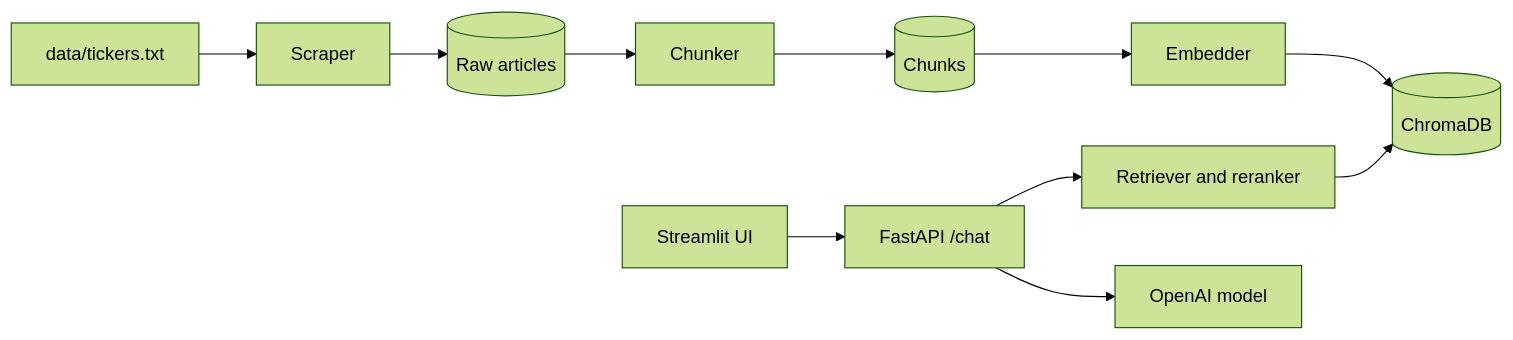
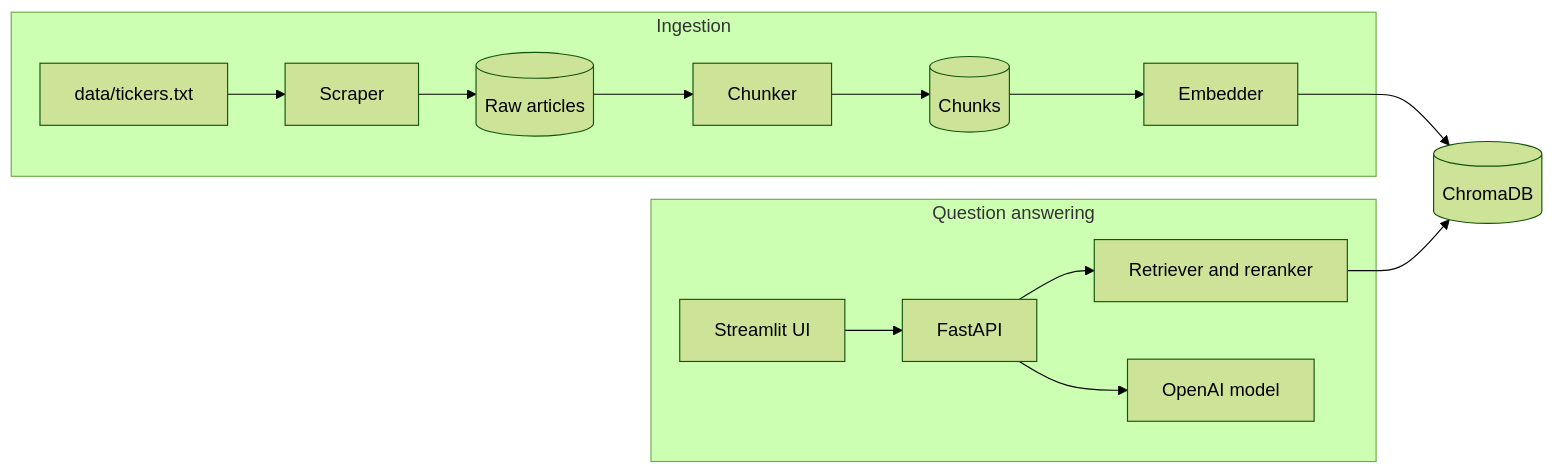
The diagram in README.md (Yahlawat/RAG-Financial-News-Agent), drawn with Mermaid (forest theme) before and after one commit. The commit also changed other lines of this file, not shown here.

````diff
--- a/README.md
+++ b/README.md
@@ -23,13 +62,17 @@
 ```mermaid
 flowchart LR
-    T[data/tickers.txt] --> S[Scraper]
-    S --> R[(Raw articles)]
-    R --> C[Chunker]
-    C --> K[(Chunks)]
-    K --> E[Embedder]
+    subgraph Ingestion
+        T[data/tickers.txt] --> S[Scraper]
+        S --> R[(Raw articles)]
+        R --> C[Chunker]
+        C --> K[(Chunks)]
+        K --> E[Embedder]
+    end
     E --> V[(ChromaDB)]
-    UI[Streamlit UI] --> API[FastAPI /chat]
-    API --> Ret[Retriever and reranker]
+    subgraph Question answering
+        UI[Streamlit UI] --> API[FastAPI]
+        API --> Ret[Retriever and reranker]
+        API --> LLM[OpenAI model]
+    end
     Ret --> V
-    API --> LLM[OpenAI model]
 ```
````
